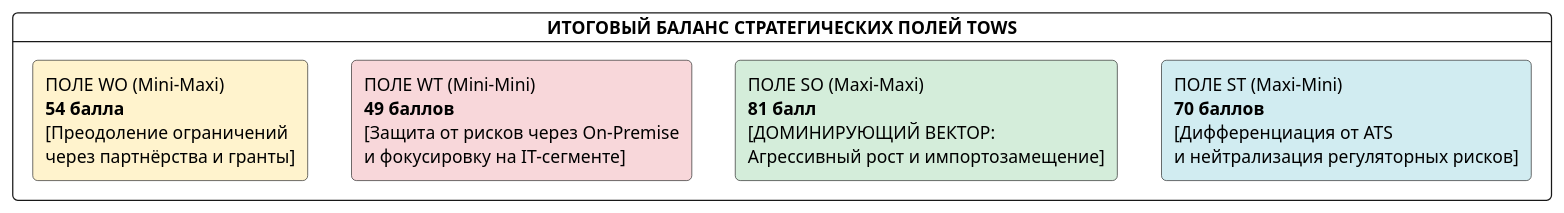
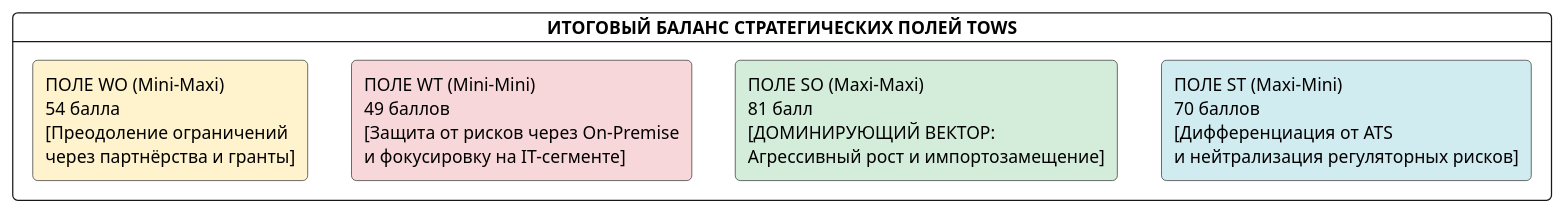
The third of 4 diagrams in docs/project/01-general/03-swot-analysis.md (krackl1n/careeria), drawn with PlantUML before and after one commit. The commit also changed other lines of this file and 2 other files, not shown here.

````diff
--- a/docs/project/01-general/03-swot-analysis.md
+++ b/docs/project/01-general/03-swot-analysis.md
@@ -244,16 +204,16 @@
 ```plantuml
 @startuml
 skinparam defaultFontName Arial
 skinparam roundCorner 8
 
-card "**ИТОГОВЫЙ БАЛАНС СТРАТЕГИЧЕСКИХ ПОЛЕЙ TOWS**" as Total {
-  rectangle "ПОЛЕ SO (Maxi-Maxi)\n**81 балл**\n[ДОМИНИРУЮЩИЙ ВЕКТОР:\nАгрессивный рост и импортозамещение]" as R_SO #D4EDDA
-  rectangle "ПОЛЕ ST (Maxi-Mini)\n**70 баллов**\n[Дифференциация от ATS\nи нейтрализация регуляторных рисков]" as R_ST #D1ECF1
-  rectangle "ПОЛЕ WO (Mini-Maxi)\n**54 балла**\n[Преодоление ограничений\nчерез партнёрства и гранты]" as R_WO #FFF3CD
-  rectangle "ПОЛЕ WT (Mini-Mini)\n**49 баллов**\n[Защита от рисков через On-Premise\nи фокусировку на IT-сегменте]" as R_WT #F8D7DA
+card "ИТОГОВЫЙ БАЛАНС СТРАТЕГИЧЕСКИХ ПОЛЕЙ TOWS" as Total {
+  rectangle "ПОЛЕ SO (Maxi-Maxi)\n81 балл\n[ДОМИНИРУЮЩИЙ ВЕКТОР:\nАгрессивный рост и импортозамещение]" as R_SO #D4EDDA
+  rectangle "ПОЛЕ ST (Maxi-Mini)\n70 баллов\n[Дифференциация от ATS\nи нейтрализация регуляторных рисков]" as R_ST #D1ECF1
+  rectangle "ПОЛЕ WO (Mini-Maxi)\n54 балла\n[Преодоление ограничений\nчерез партнёрства и гранты]" as R_WO #FFF3CD
+  rectangle "ПОЛЕ WT (Mini-Mini)\n49 баллов\n[Защита от рисков через On-Premise\nи фокусировку на IT-сегменте]" as R_WT #F8D7DA
 }
 
 R_SO -[hidden]right-> R_ST
 R_WO -[hidden]right-> R_WT
 @enduml
 ```
````
